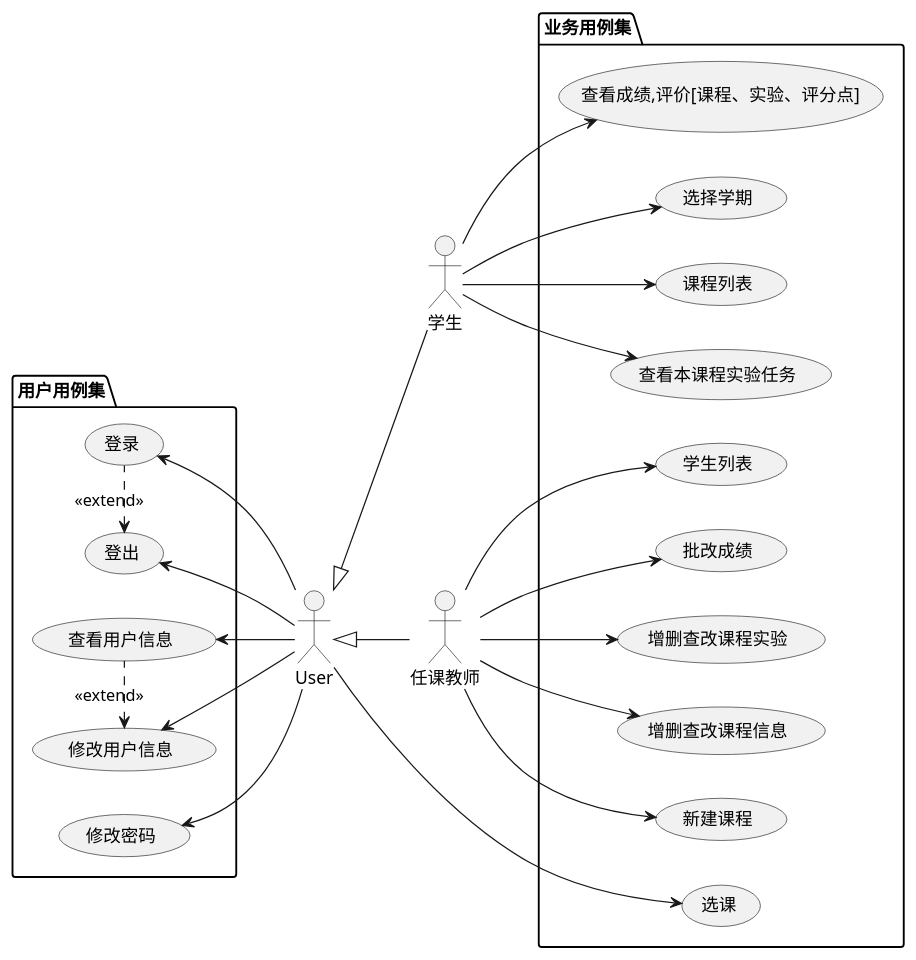
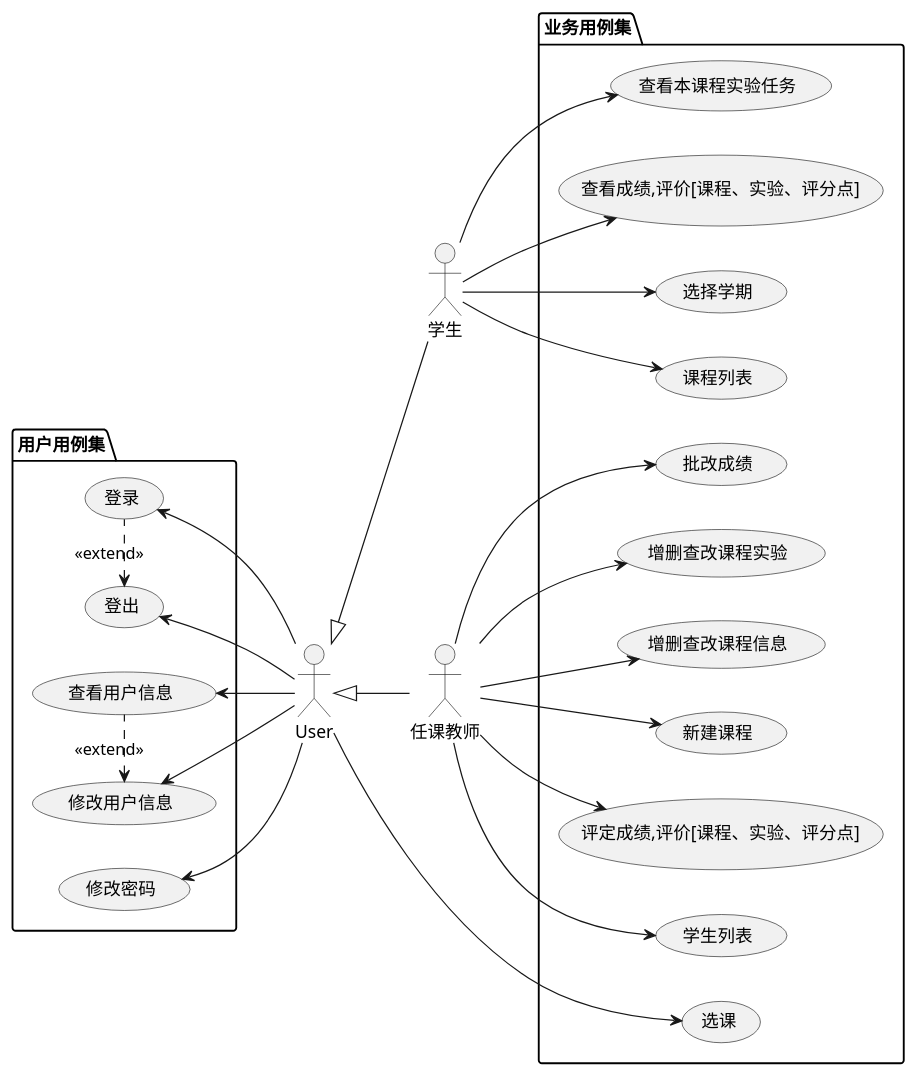
Before and after one commit to Landy7/is_analysis: the diagram in test6/用例图.md, drawn with PlantUML. The commit also changed 24 other files, not shown here.

```diff
--- a/test6/用例图.md
+++ b/test6/用例图.md
@@ -2,44 +2,46 @@
 @startuml 用例图
 left to right direction
 :User: 
 :学生: as student
 :任课教师: as teacher
 package 用户用例集{
     (查看用户信息) as showUser
     (修改用户信息) as updateUser
     (修改密码) as updatePwd
     (登录) as login
     (登出) as logout
     login -left.-> logout:<<extend>>
     User -up-> showUser
     User -up-> updateUser
     User -up-> updatePwd
     User -up-> login
     User -up-> logout
     showUser -left.-> updateUser:<<extend>>
 }
 package 业务用例集{
     (选课) as singCourse
     (课程列表) as getClassList
     (学生列表) as GetStudents
     (批改成绩) as setGrade
     (增删查改课程实验) as CourseTask
     (增删查改课程信息) as Course
     (新建课程) as addCourse
     (查看本课程实验任务) as showCourseAssign
     (查看成绩,评价[课程、实验、评分点]) as Score
+    (评定成绩,评价[课程、实验、评分点]) as ScoreAssess
     (选择学期) as semester
     student --> showCourseAssign
     student --> Score
     student --> getClassList
     student --> semester
     User --> singCourse
     teacher --> GetStudents
     teacher --> setGrade
     teacher --> CourseTask
     teacher --> Course
     teacher --> addCourse
+    teacher --> ScoreAssess
 }
 student -up-|> User
 teacher -up-|> User
 @enduml
```
